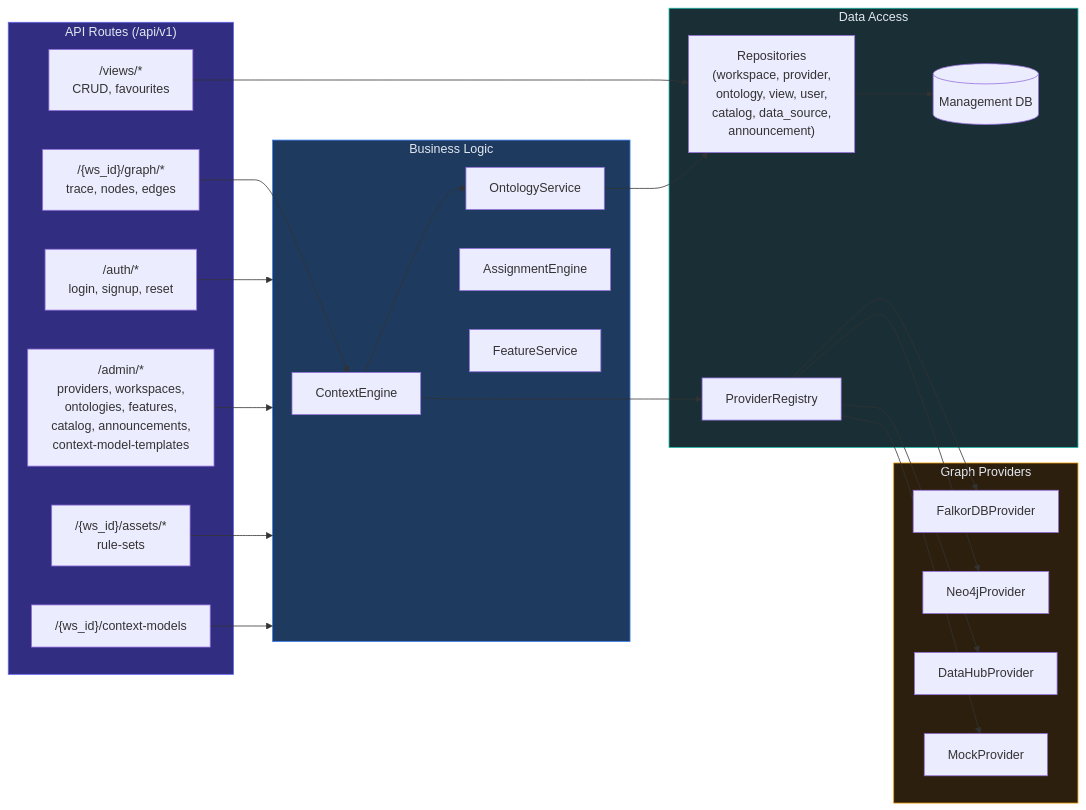
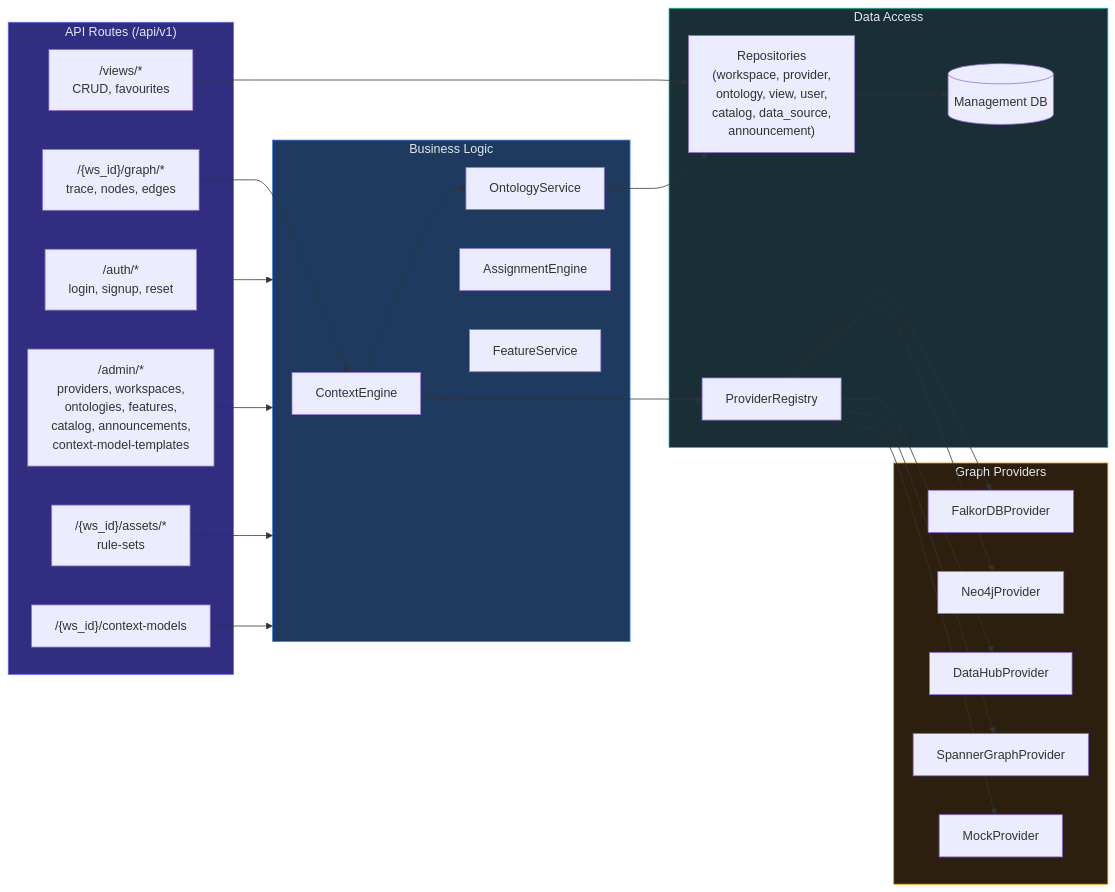
The third of 6 diagrams in docs/ARCHITECTURE.md (rkrumins/dataviz), drawn with Mermaid before and after one commit. The commit also changed other lines of this file and 51 other files, not shown here.

````diff
--- a/docs/ARCHITECTURE.md
+++ b/docs/ARCHITECTURE.md
@@ -184,53 +186,55 @@
 ```mermaid
 graph LR
     subgraph Routes["API Routes (/api/v1)"]
         AuthR["/auth/*<br/>login, signup, reset"]
         AdminR["/admin/*<br/>providers, workspaces,<br/>ontologies, features,<br/>catalog, announcements,<br/>context-model-templates"]
         GraphR["/{ws_id}/graph/*<br/>trace, nodes, edges"]
         ViewR["/views/*<br/>CRUD, favourites"]
         AssetR["/{ws_id}/assets/*<br/>rule-sets"]
         CMR["/{ws_id}/context-models"]
     end
 
     subgraph Services["Business Logic"]
         CE2[ContextEngine]
         OntSvc[OntologyService]
         AssignEng[AssignmentEngine]
         FeatSvc[FeatureService]
     end
 
     subgraph Data["Data Access"]
         PR2[ProviderRegistry]
         RepoLayer["Repositories<br/>(workspace, provider,<br/>ontology, view, user,<br/>catalog, data_source,<br/>announcement)"]
         DB2[(Management DB)]
     end
 
     subgraph Providers["Graph Providers"]
         FP[FalkorDBProvider]
         NP[Neo4jProvider]
         DP[DataHubProvider]
+        SP[SpannerGraphProvider]
         MP[MockProvider]
     end
 
     AuthR --> Services
     AdminR --> Services
     GraphR --> CE2
     ViewR --> RepoLayer
     AssetR --> Services
     CMR --> Services
 
     CE2 --> PR2
     CE2 --> OntSvc
     OntSvc --> RepoLayer
     RepoLayer --> DB2
 
     PR2 --> FP
     PR2 --> NP
     PR2 --> DP
+    PR2 --> SP
     PR2 --> MP
 
     style Routes fill:#312e81,stroke:#6366f1,color:#e2e8f0
     style Services fill:#1e3a5f,stroke:#3b82f6,color:#e2e8f0
     style Data fill:#1a2e35,stroke:#14b8a6,color:#e2e8f0
     style Providers fill:#2d1f0e,stroke:#f59e0b,color:#e2e8f0
 ```
````
